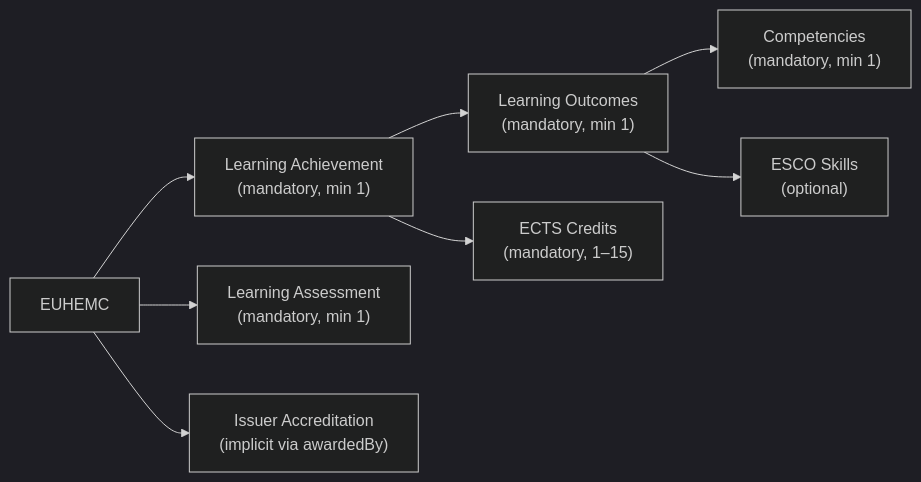
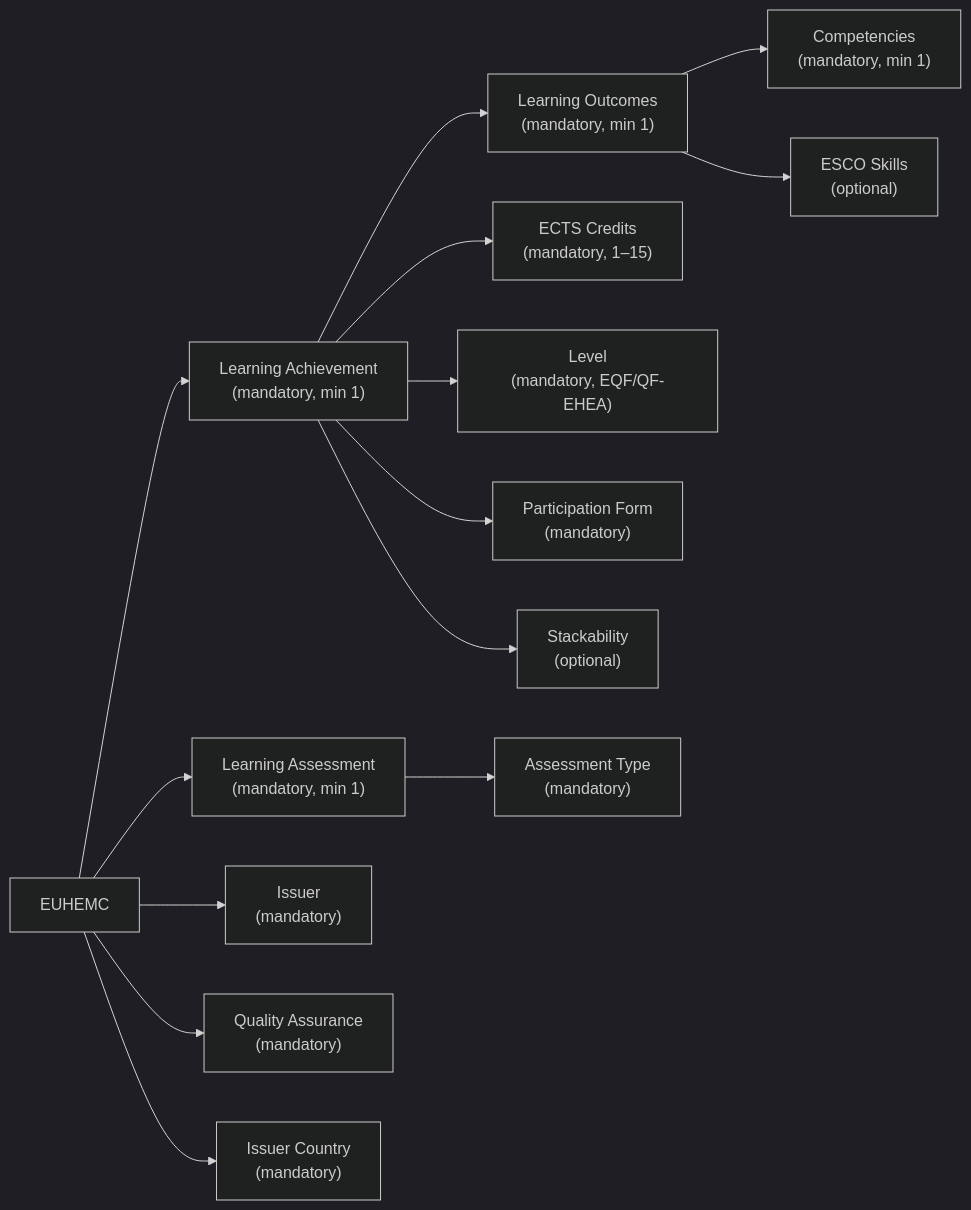
The diagram in sectorial-eaa-catalogue/formal-education/business/highereducation-microcredential.md (dc4eu/educational-pilot), drawn with Mermaid (dark theme) before and after one commit.

````diff
--- a/sectorial-eaa-catalogue/formal-education/business/highereducation-microcredential.md
+++ b/sectorial-eaa-catalogue/formal-education/business/highereducation-microcredential.md
@@ -52,10 +52,16 @@
 ```mermaid
 flowchart LR
     A["EUHEMC"] --> B["Learning Achievement<br>(mandatory, min 1)"]
     A --> C["Learning Assessment<br>(mandatory, min 1)"]
-    A --> D["Issuer Accreditation<br>(implicit via awardedBy)"]
-    B --> E["Learning Outcomes<br>(mandatory, min 1)"]
-    B --> F["ECTS Credits<br>(mandatory, 1–15)"]
-    E --> G["Competencies<br>(mandatory, min 1)"]
-    E --> H["ESCO Skills<br>(optional)"]
+    A --> D["Issuer<br>(mandatory)"]
+    A --> E["Quality Assurance<br>(mandatory)"]
+    A --> F["Issuer Country<br>(mandatory)"]
+    B --> G["Learning Outcomes<br>(mandatory, min 1)"]
+    B --> H["ECTS Credits<br>(mandatory, 1–15)"]
+    B --> I["Level<br>(mandatory, EQF/QF-EHEA)"]
+    B --> J["Participation Form<br>(mandatory)"]
+    B --> K["Stackability<br>(optional)"]
+    C --> L["Assessment Type<br>(mandatory)"]
+    G --> M["Competencies<br>(mandatory, min 1)"]
+    G --> N["ESCO Skills<br>(optional)"]
 ```
````
